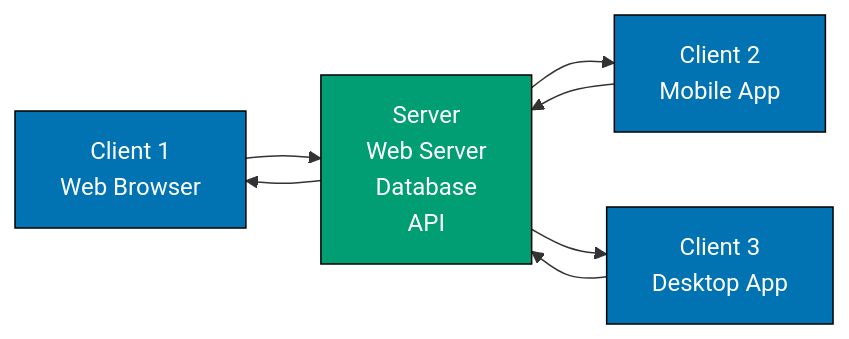
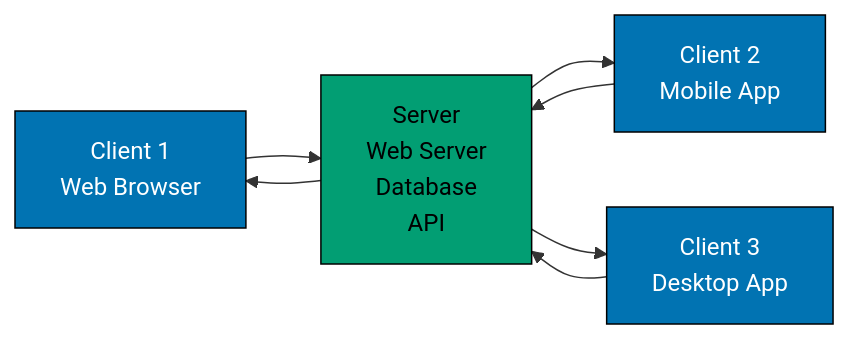
The fifth of 6 diagrams in apps/ayokoding-www/content/en/learn/legacy/software-engineering/networking/introduction.md (wahidyankf/ose-public), drawn with Mermaid before and after one commit. The commit also changed other lines of this file and 78 other files, not shown here.

First line of the commit message:
fix(mermaid): bring the remaining legacy software-engineering diagrams onto the accessible palette

````diff
--- a/apps/ayokoding-www/content/en/learn/legacy/software-engineering/networking/introduction.md
+++ b/apps/ayokoding-www/content/en/learn/legacy/software-engineering/networking/introduction.md
@@ -259,16 +289,21 @@
 ```mermaid
 %% Color Palette: Blue #0173B2, Orange #DE8F05, Teal #029E73, Purple #CC78BC, Brown #CA9161
 flowchart LR
+    accTitle: Client-Server Architecture
+    accDescr: Flowchart with 4 nodes and 6 connections. Nodes: Client 1 Web Browser, Server Web Server Database API, Client 2 Mobile App, Client 3 Desktop App. Connections: Client 1 Web Browser to Server Web Server Database API, Client 2 Mobile App to Server Web Server Database API, Client 3 Desktop App to Server Web Server Database API, Server Web Server Database API to Client 1 Web Browser, Server Web Server Database API to Client 2 Mobile App, Server Web Server Database API to Client 3 Desktop App.
     C1[Client 1<br/>Web Browser] --> S[Server<br/>Web Server<br/>Database<br/>API]
     C2[Client 2<br/>Mobile App] --> S
     C3[Client 3<br/>Desktop App] --> S
 
     S --> C1
     S --> C2
     S --> C3
 
-    style C1 fill:#0173B2,stroke:#000,color:#fff
-    style C2 fill:#0173B2,stroke:#000,color:#fff
-    style C3 fill:#0173B2,stroke:#000,color:#fff
-    style S fill:#029E73,stroke:#000,color:#fff
+    classDef pal-0173B2 fill:#0173B2,stroke:#000000,color:#FFFFFF
+    class C1 pal-0173B2
+    class C2 pal-0173B2
+    class C3 pal-0173B2
+    classDef pal-029E73 fill:#029E73,stroke:#000000,color:#000000
+    class S pal-029E73
+    classDef default fill:#FFFFFF,stroke:#000000,color:#000000
 ```
````
